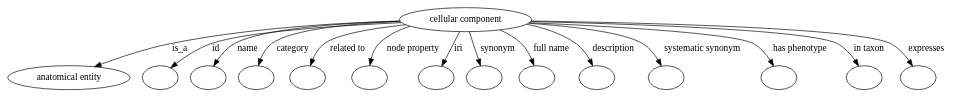
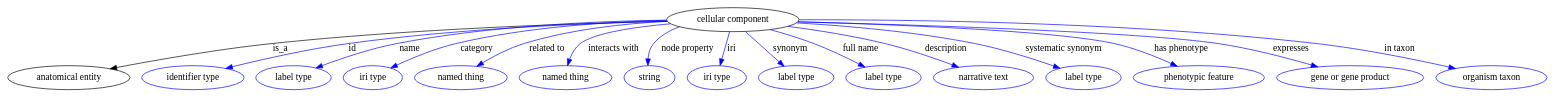
Before and after one commit to biolink/biolink-model: the diagram in graphviz/cellular_component.gv, drawn with Graphviz. The commit also changed 4483 other files, not shown here.

```diff
--- a/graphviz/cellular_component.gv
+++ b/graphviz/cellular_component.gv
@@ -1,144 +1,154 @@
 digraph {
-	graph [bb="0,0,1187.3,122"];
+	graph [bb="0,0,1854,122"];
 	node [label="\N"];
 	"cellular component"	 [height=0.5,
 		label="cellular component",
-		pos="595.25,104",
+		pos="876.25,104",
 		width=2.1702];
 	"anatomical entity"	 [height=0.5,
 		pos="71.251,18",
 		width=1.9792];
 	"cellular component" -> "anatomical entity"	 [label=is_a,
-		lp="233.53,61",
-		pos="e,109.24,33.272 517.57,101.6 441.48,98.052 322.57,89.339 221.7,68 186.5,60.554 148.02,47.675 118.79,36.853"];
-	id	 [color=black,
+		lp="338.53,61",
+		pos="e,123.26,30.397 798.63,101.75 691.94,98.015 494.17,88.775 326.7,68 260.06,59.734 184.72,44.218 133.23,32.653"];
+	id	 [color=blue,
 		height=0.5,
-		label="",
-		pos="187.25,18",
-		width=0.75];
-	"cellular component" -> id	 [color=black,
+		label="identifier type",
+		pos="220.25,18",
+		width=1.652];
+	"cellular component" -> id	 [color=blue,
 		label=id,
-		lp="285.7,61",
-		pos="e,206.04,31.021 520.35,98.778 441.46,92.689 322.79,81.692 279.36,68 256.31,60.732 232.38,47.543 214.69,36.536",
+		lp="424.7,61",
+		pos="e,262.31,30.897 798.42,101.74 706.95,98.186 550.81,89.349 418.36,68 368,59.882 311.7,45.106 272.03,33.714",
 		style=solid];
-	name	 [color=black,
+	name	 [color=blue,
 		height=0.5,
-		label="",
-		pos="259.25,18",
-		width=0.75];
-	"cellular component" -> name	 [color=black,
+		label="label type",
+		pos="342.25,18",
+		width=1.2425];
+	"cellular component" -> name	 [color=blue,
 		label=name,
-		lp="329.41,61",
-		pos="e,272.26,34.345 519.32,99.452 448.74,94.298 349.34,84.408 313.93,68 300.86,61.939 288.75,51.606 279.27,41.9",
+		lp="494.41,61",
+		pos="e,372.24,31.548 800.27,99.477 702.49,93.246 538.15,81.276 478.93,68 445.23,60.444 408.54,46.699 381.67,35.53",
 		style=solid];
-	category	 [color=black,
+	category	 [color=blue,
 		height=0.5,
-		label="",
-		pos="331.25,18",
-		width=0.75];
-	"cellular component" -> category	 [color=black,
+		label="iri type",
+		pos="440.25,18",
+		width=0.9834];
+	"cellular component" -> category	 [color=blue,
 		label=category,
-		lp="385.35,61",
-		pos="e,337.25,35.597 519.74,99.34 461.39,94.478 386.43,85.095 361.06,68 352.69,62.36 346.31,53.511 341.65,44.814",
+		lp="574.35,61",
+		pos="e,464.27,31.638 801.65,98.521 720.39,92.064 595.86,80.607 550.06,68 523.14,60.591 494.49,47.345 473.2,36.347",
 		style=solid];
-	"related to"	 [color=black,
+	"related to"	 [color=blue,
 		height=0.5,
-		label="",
-		pos="403.25,18",
-		width=0.75];
-	"cellular component" -> "related to"	 [color=black,
+		label="named thing",
+		pos="547.25,18",
+		width=1.5019];
+	"cellular component" -> "related to"	 [color=blue,
 		label="related to",
-		lp="450.49,61",
-		pos="e,406.33,36.252 524.85,95.949 484.66,90.082 439.27,80.891 423.78,68 417.01,62.367 412.45,54.145 409.38,45.989",
+		lp="657.49,61",
+		pos="e,569.43,34.6 804.68,96.647 743.97,89.834 661.92,79.103 630.78,68 612.15,61.357 593.1,50.338 577.9,40.333",
 		style=solid];
-	"node property"	 [color=black,
+	"interacts with"	 [color=blue,
 		height=0.5,
-		label="",
-		pos="475.25,18",
-		width=0.75];
-	"cellular component" -> "node property"	 [color=black,
+		label="named thing",
+		pos="673.25,18",
+		width=1.5019];
+	"cellular component" -> "interacts with"	 [color=blue,
+		label="interacts with",
+		lp="737.16,61",
+		pos="e,678.08,36.349 805.96,96.12 763.86,90.205 715.34,80.899 698.44,68 691.11,62.405 685.75,54.089 681.91,45.839",
+		style=solid];
+	"node property"	 [color=blue,
+		height=0.5,
+		label=string,
+		pos="775.25,18",
+		width=0.8403];
+	"cellular component" -> "node property"	 [color=blue,
 		label="node property",
-		lp="526.32,61",
-		pos="e,475.35,36.196 540.55,91.072 517.79,84.652 494.86,76.466 487.11,68 481.67,62.051 478.59,54.07 476.88,46.233",
+		lp="824.32,61",
+		pos="e,774.74,36.474 819.55,91.569 806.6,86.263 794.04,78.718 785.11,68 780.13,62.018 777.4,54.241 775.98,46.609",
 		style=solid];
-	iri	 [color=black,
+	iri	 [color=blue,
 		height=0.5,
-		label="",
-		pos="547.25,18",
-		width=0.75];
-	"cellular component" -> iri	 [color=black,
+		label="iri type",
+		pos="859.25,18",
+		width=0.9834];
+	"cellular component" -> iri	 [color=blue,
 		label=iri,
-		lp="580.47,61",
-		pos="e,556.76,35.042 585.07,85.762 578.27,73.583 569.23,57.385 561.7,43.879",
+		lp="875.47,61",
+		pos="e,862.79,35.917 872.65,85.762 870.35,74.168 867.34,58.931 864.75,45.843",
 		style=solid];
-	synonym	 [color=black,
+	synonym	 [color=blue,
 		height=0.5,
-		label="",
-		pos="619.25,18",
-		width=0.75];
-	"cellular component" -> synonym	 [color=black,
+		label="label type",
+		pos="957.25,18",
+		width=1.2425];
+	"cellular component" -> synonym	 [color=blue,
 		label=synonym,
-		lp="634.92,61",
-		pos="e,614.25,35.917 600.34,85.762 603.58,74.168 607.83,58.931 611.48,45.843",
+		lp="947.92,61",
+		pos="e,941.32,34.919 893.03,86.181 905,73.478 921.23,56.249 934.37,42.289",
 		style=solid];
-	"full name"	 [color=black,
+	"full name"	 [color=blue,
 		height=0.5,
-		label="",
-		pos="691.25,18",
-		width=0.75];
-	"cellular component" -> "full name"	 [color=black,
+		label="label type",
+		pos="1064.3,18",
+		width=1.2425];
+	"cellular component" -> "full name"	 [color=blue,
 		label="full name",
-		lp="701.88,61",
-		pos="e,684.7,35.871 634.82,88.437 645.23,83.054 655.88,76.253 664.25,68 670.82,61.529 676.18,53.12 680.36,45.051",
+		lp="1031.9,61",
+		pos="e,1040.1,33.432 922.45,89.483 939.9,83.495 959.75,76.067 977.25,68 995.63,59.525 1015.3,48.442 1031.2,38.866",
 		style=solid];
-	description	 [color=black,
+	description	 [color=blue,
 		height=0.5,
-		label="",
-		pos="763.25,18",
-		width=0.75];
-	"cellular component" -> description	 [color=black,
+		label="narrative text",
+		pos="1184.3,18",
+		width=1.5834];
+	"cellular component" -> description	 [color=blue,
 		label=description,
-		lp="777.35,61",
-		pos="e,756.34,35.702 656.08,92.622 686.67,86.002 719.84,77.171 732.25,68 740.33,62.027 746.78,53.258 751.66,44.725",
+		lp="1131.4,61",
+		pos="e,1152.5,33.038 942.87,94.388 978.67,88.405 1023.3,79.618 1062.3,68 1089.9,59.743 1119.9,47.485 1143.3,37.174",
 		style=solid];
-	"systematic synonym"	 [color=black,
+	"systematic synonym"	 [color=blue,
 		height=0.5,
-		label="",
-		pos="848.25,18",
-		width=0.75];
-	"cellular component" -> "systematic synonym"	 [color=black,
+		label="label type",
+		pos="1304.3,18",
+		width=1.2425];
+	"cellular component" -> "systematic synonym"	 [color=blue,
 		label="systematic synonym",
-		lp="884.22,61",
-		pos="e,840.08,35.602 668.72,97.83 722.01,92.246 788.69,82.628 812.25,68 821.52,62.245 829.12,53.139 834.91,44.265",
+		lp="1270.2,61",
+		pos="e,1273.9,31.238 951.88,99.273 1010.9,94.47 1094.6,85.198 1166.3,68 1200.1,59.87 1237.2,46.164 1264.3,35.156",
 		style=solid];
-	"has phenotype"	 [color=black,
+	"has phenotype"	 [color=blue,
 		height=0.5,
-		label="",
-		pos="985.25,18",
-		width=0.75];
-	"cellular component" -> "has phenotype"	 [color=black,
+		label="phenotypic feature",
+		pos="1443.3,18",
+		width=2.1155];
+	"cellular component" -> "has phenotype"	 [color=blue,
 		label="has phenotype",
-		lp="1002.5,61",
-		pos="e,976.17,35.395 670.74,99.339 766.41,92.955 921.76,80.814 945.25,68 955.46,62.434 964,53.071 970.54,43.943",
+		lp="1410.5,61",
+		pos="e,1413.4,34.718 953.55,101.06 1064.2,96.309 1261.9,85.653 1331.3,68 1356.6,61.544 1383.4,49.773 1404.4,39.274",
 		style=solid];
-	"in taxon"	 [color=black,
+	expresses	 [color=blue,
 		height=0.5,
-		label="",
-		pos="1088.3,18",
-		width=0.75];
-	"cellular component" -> "in taxon"	 [color=black,
+		label="gene or gene product",
+		pos="1622.3,18",
+		width=2.3474];
+	"cellular component" -> expresses	 [color=blue,
+		label=expresses,
+		lp="1538.1,61",
+		pos="e,1579.7,33.578 953.74,101.36 1088.4,96.394 1360.4,84.666 1454.3,68 1493.8,60.985 1537.1,47.931 1569.9,36.921",
+		style=solid];
+	"in taxon"	 [color=blue,
+		height=0.5,
+		label="organism taxon",
+		pos="1789.3,18",
+		width=1.7978];
+	"cellular component" -> "in taxon"	 [color=blue,
 		label="in taxon",
-		lp="1086,61",
-		pos="e,1078.9,35.016 672.63,101.07 792.81,96.032 1014,84.643 1046.3,68 1057.1,62.433 1066.2,52.762 1073.1,43.4",
-		style=solid];
-	expresses	 [color=black,
-		height=0.5,
-		label="",
-		pos="1160.3,18",
-		width=0.75];
-	"cellular component" -> expresses	 [color=black,
-		label=expresses,
-		lp="1158.1,61",
-		pos="e,1149.4,34.607 672.9,101.67 807.51,97.17 1073.5,86.113 1112.3,68 1124.3,62.342 1135,52.199 1143.1,42.519",
+		lp="1666,61",
+		pos="e,1743.8,30.874 953.92,101.56 1109.1,96.416 1452.4,83.651 1569.3,68 1626.1,60.388 1689.9,45.126 1734.1,33.455",
 		style=solid];
 }
```
